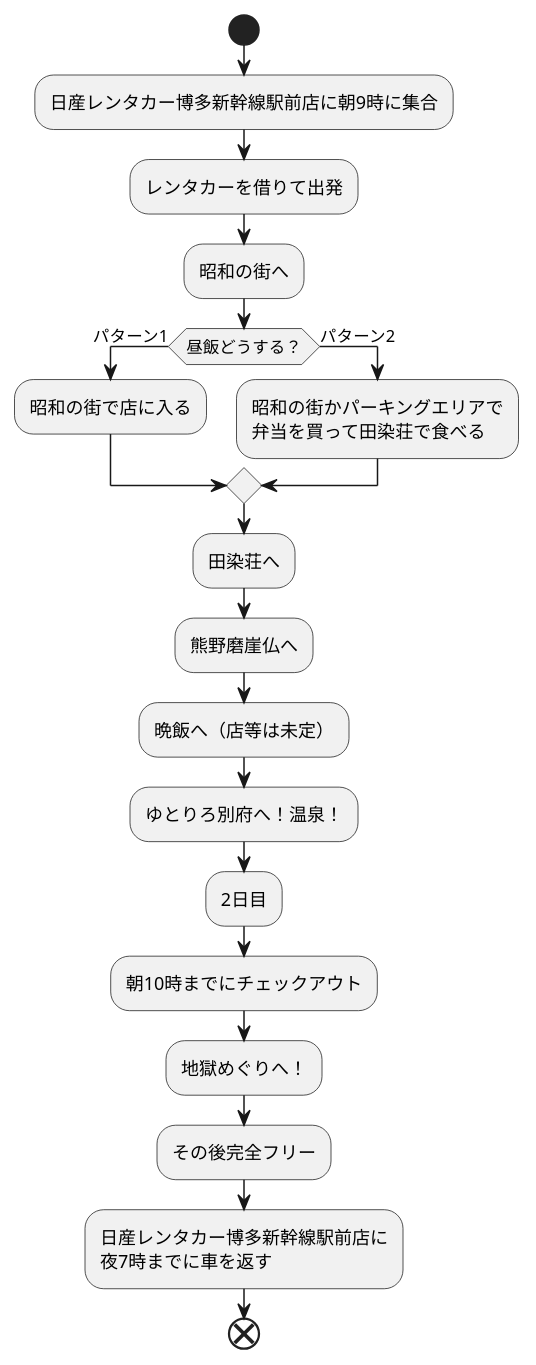
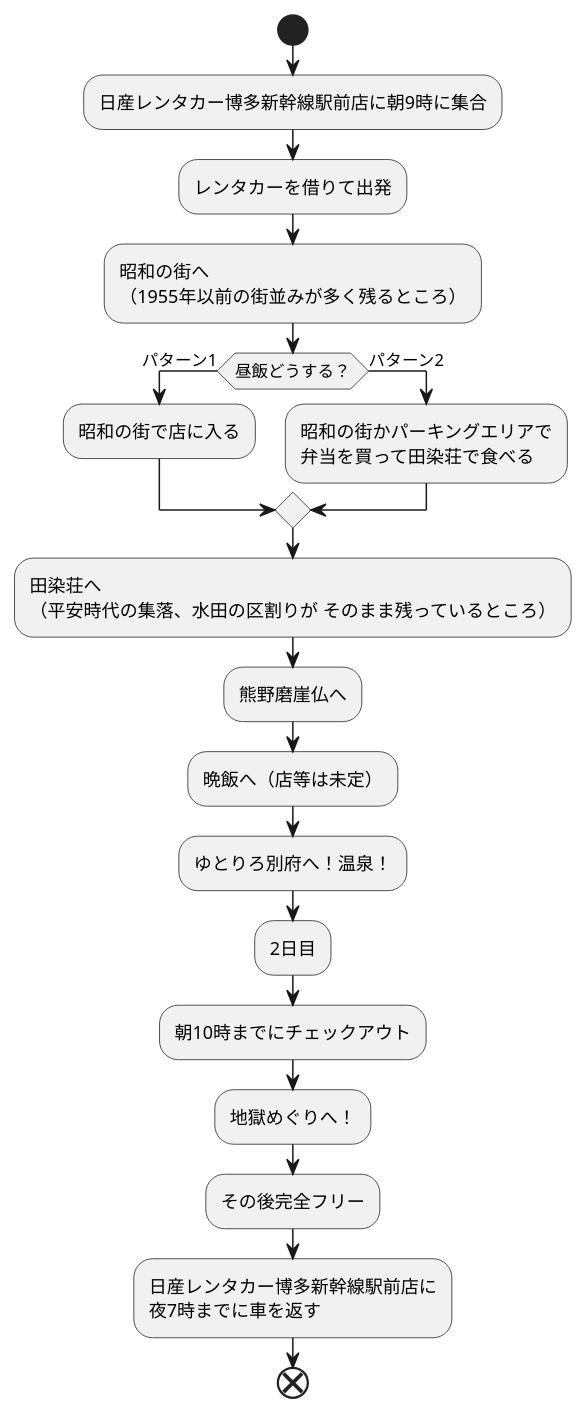
Before and after one commit to Aso2001369/2021sys-design: the diagram in trip/trip.md, drawn with PlantUML.

````diff
--- a/trip/trip.md
+++ b/trip/trip.md
@@ -1,27 +1,29 @@
 ```uml
 @startuml
 start
 
 :日産レンタカー博多新幹線駅前店に朝9時に集合;
 :レンタカーを借りて出発;
-:昭和の街へ;
+:昭和の街へ
+（1955年以前の街並みが多く残るところ）;
 if(昼飯どうする？)then(パターン1)
 :昭和の街で店に入る;
 else(パターン2)
 :昭和の街かパーキングエリアで
 弁当を買って田染荘で食べる;
 endif
-:田染荘へ;
+:田染荘へ
+（平安時代の集落、水田の区割りが そのまま残っているところ）;
 :熊野磨崖仏へ;
 :晩飯へ（店等は未定）;
 :ゆとりろ別府へ！温泉！;
 :2日目;
 :朝10時までにチェックアウト;
 :地獄めぐりへ！;
 :その後完全フリー;
 :日産レンタカー博多新幹線駅前店に
 夜7時までに車を返す;
 
 end
 @enduml
 ```
````
